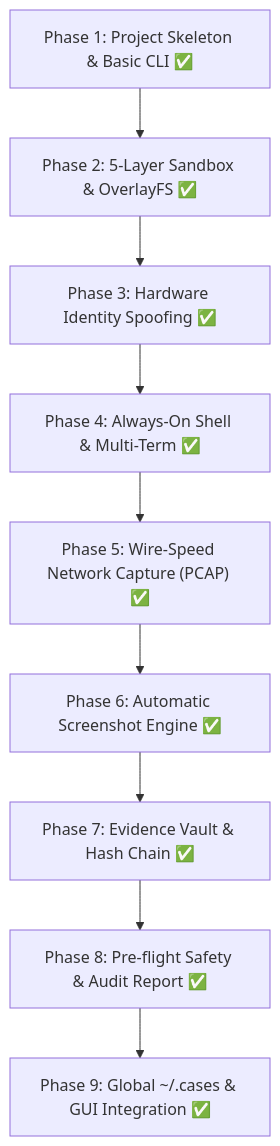
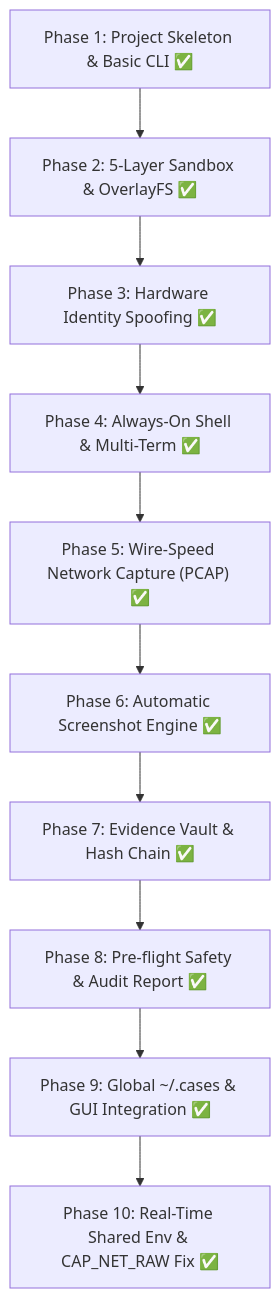
The diagram in .gemini/volt-task-list.md (tuhin-su/volt), drawn with Mermaid before and after one commit. The commit also changed other lines of this file and 6 other files, not shown here.

Commit message:
docs: comprehensive documentation for shared env engine, capabilities, and tasks

````diff
--- a/.gemini/volt-task-list.md
+++ b/.gemini/volt-task-list.md
@@ -9,11 +9,12 @@
 ```mermaid
 flowchart TD
     P1["Phase 1: Project Skeleton & Basic CLI ✅"] --> P2["Phase 2: 5-Layer Sandbox & OverlayFS ✅"]
     P2 --> P3["Phase 3: Hardware Identity Spoofing ✅"]
     P3 --> P4["Phase 4: Always-On Shell & Multi-Term ✅"]
     P4 --> P5["Phase 5: Wire-Speed Network Capture (PCAP) ✅"]
     P5 --> P6["Phase 6: Automatic Screenshot Engine ✅"]
     P6 --> P7["Phase 7: Evidence Vault & Hash Chain ✅"]
     P7 --> P8["Phase 8: Pre-flight Safety & Audit Report ✅"]
     P8 --> P9["Phase 9: Global ~/.cases & GUI Integration ✅"]
+    P9 --> P10["Phase 10: Real-Time Shared Env & CAP_NET_RAW Fix ✅"]
 ```
````
